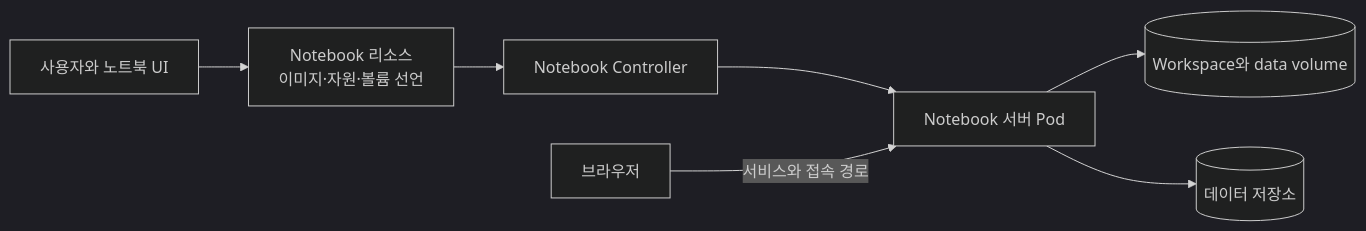
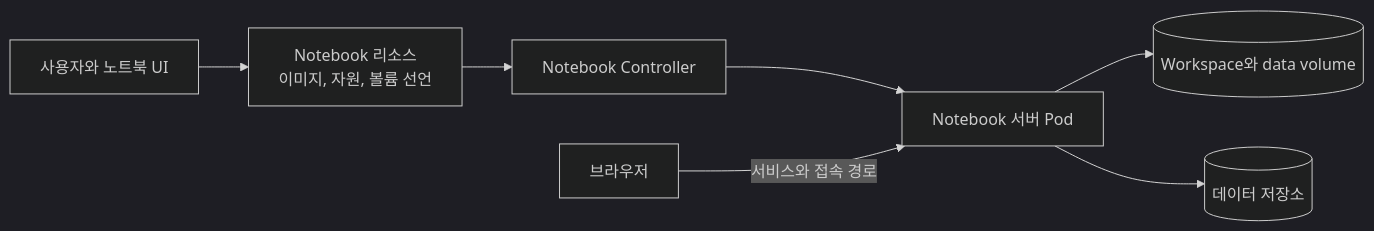
One commit to johklo/johklo.github.io changed the first of 6 diagrams in content/docs/tech/machine-learning-platform-engineering/07-data-preparation.md. Above: the diagram before and after it, drawn with Mermaid (dark theme). The commit also changed other lines of this file and 6 other files, not shown here.

````diff
--- a/content/docs/tech/machine-learning-platform-engineering/07-data-preparation.md
+++ b/content/docs/tech/machine-learning-platform-engineering/07-data-preparation.md
@@ -43,11 +43,11 @@
 ```mermaid
 flowchart LR
     accTitle: Kubeflow Notebook의 선언과 실행 상태
     accDescr: 사용자는 노트북 UI에서 이미지, 자원과 볼륨을 고른다. Notebook 리소스의 구성을 제어기가 워크로드로 반영하고 브라우저는 실행된 노트북 서버에 접속한다. 영속 데이터는 Pod의 메모리가 아니라 연결한 저장소에 남는다.
-    U["사용자와 노트북 UI"] --> N["Notebook 리소스<br/>이미지·자원·볼륨 선언"]
+    U["사용자와 노트북 UI"] --> N["Notebook 리소스<br/>이미지, 자원, 볼륨 선언"]
     N --> C["Notebook Controller"]
     C --> P["Notebook 서버 Pod"]
     B["브라우저"] -->|"서비스와 접속 경로"| P
     P --> V[("Workspace와 data volume")]
     P --> S[("데이터 저장소")]
 ```
````
